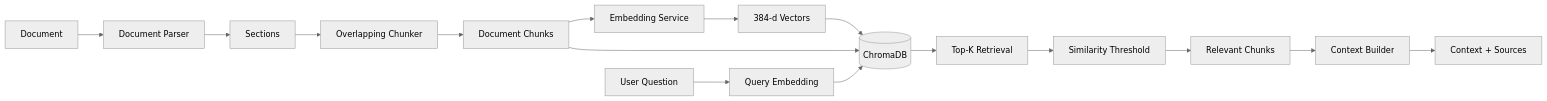
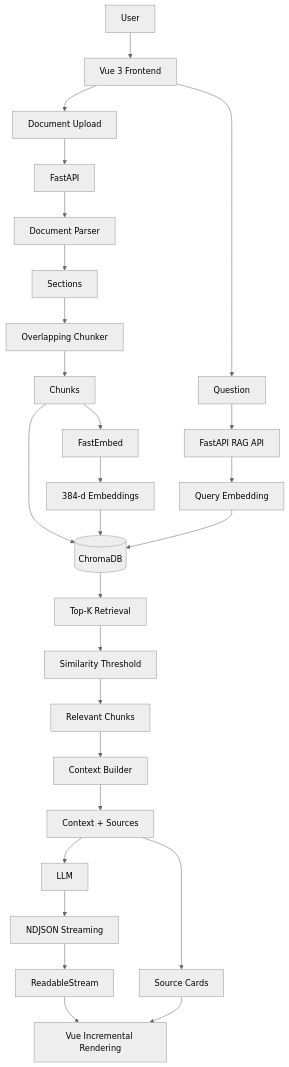
Before and after one commit to luojingjing0920/RAGanswer: the diagram in README.md, drawn with Mermaid (neutral theme). The commit also changed other lines of this file, not shown here.

Commit message:
docs: finalize self-built RAG project documentation

````diff
--- a/README.md
+++ b/README.md
@@ -828,22 +760,40 @@
 ```mermaid
-flowchart LR
-    A[Document] --> B[Document Parser]
-    B --> C[Sections]
-    C --> D[Overlapping Chunker]
-    D --> E[Document Chunks]
+flowchart TD
+    A[User] --> B[Vue 3 Frontend]
 
-    E --> F[Embedding Service]
-    F --> G[384-d Vectors]
+    B --> C[Document Upload]
+    C --> D[FastAPI]
 
-    G --> H[(ChromaDB)]
-    E --> H
+    D --> E[Document Parser]
+    E --> F[Sections]
+    F --> G[Overlapping Chunker]
+    G --> H[Chunks]
 
-    I[User Question] --> J[Query Embedding]
-    J --> H
+    H --> I[FastEmbed]
+    I --> J[384-d Embeddings]
 
-    H --> K[Top-K Retrieval]
-    K --> L[Similarity Threshold]
-    L --> M[Relevant Chunks]
-    M --> N[Context Builder]
-    N --> O[Context + Sources]
+    H --> K[(ChromaDB)]
+    J --> K
+
+    B --> L[Question]
+    L --> M[FastAPI RAG API]
+
+    M --> N[Query Embedding]
+    N --> K
+
+    K --> O[Top-K Retrieval]
+    O --> P[Similarity Threshold]
+    P --> Q[Relevant Chunks]
+
+    Q --> R[Context Builder]
+    R --> S[Context + Sources]
+
+    S --> T[LLM]
+    T --> U[NDJSON Streaming]
+
+    U --> V[ReadableStream]
+    V --> W[Vue Incremental Rendering]
+
+    S --> X[Source Cards]
+    X --> W
 ```
````
